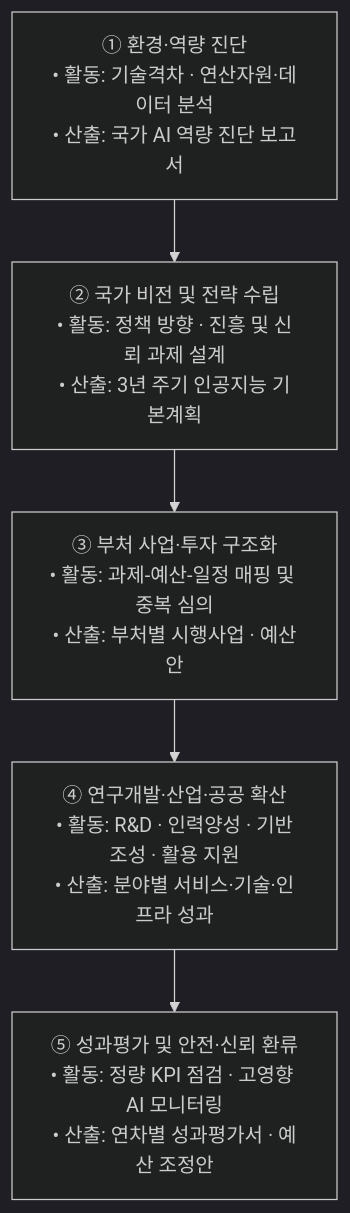
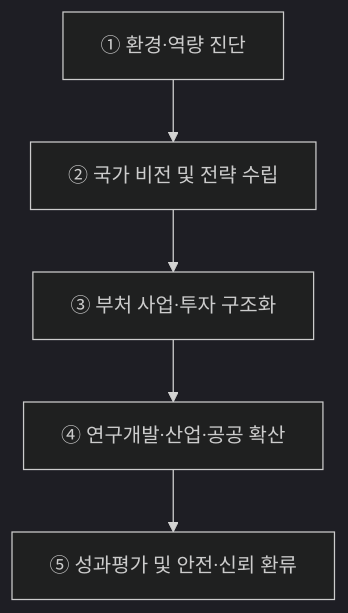
One commit to agnusdei1207/study changed the third of 3 diagrams in src/content/docs/notes/itpe/01-it-strategy/024_korea_ai_action_plan.md. Above: the diagram before and after it, drawn with Mermaid (dark theme). The commit also changed other lines of this file and 19 other files, not shown here.

````diff
--- a/src/content/docs/notes/itpe/01-it-strategy/024_korea_ai_action_plan.md
+++ b/src/content/docs/notes/itpe/01-it-strategy/024_korea_ai_action_plan.md
@@ -139,10 +130,4 @@
 ```mermaid
 flowchart TD
-    S1["① 환경·역량 진단<br/>• 활동: 기술격차 · 연산자원·데이터 분석<br/>• 산출: 국가 AI 역량 진단 보고서"]
-    S2["② 국가 비전 및 전략 수립<br/>• 활동: 정책 방향 · 진흥 및 신뢰 과제 설계<br/>• 산출: 3년 주기 인공지능 기본계획"]
-    S3["③ 부처 사업·투자 구조화<br/>• 활동: 과제-예산-일정 매핑 및 중복 심의<br/>• 산출: 부처별 시행사업 · 예산안"]
-    S4["④ 연구개발·산업·공공 확산<br/>• 활동: R&D · 인력양성 · 기반조성 · 활용 지원<br/>• 산출: 분야별 서비스·기술·인프라 성과"]
-    S5["⑤ 성과평가 및 안전·신뢰 환류<br/>• 활동: 정량 KPI 점검 · 고영향 AI 모니터링<br/>• 산출: 연차별 성과평가서 · 예산 조정안"]
-
-    S1 --> S2 --> S3 --> S4 --> S5
+    S1["① 환경·역량 진단"] --> S2["② 국가 비전 및 전략 수립"] --> S3["③ 부처 사업·투자 구조화"] --> S4["④ 연구개발·산업·공공 확산"] --> S5["⑤ 성과평가 및 안전·신뢰 환류"]
 ```
````
